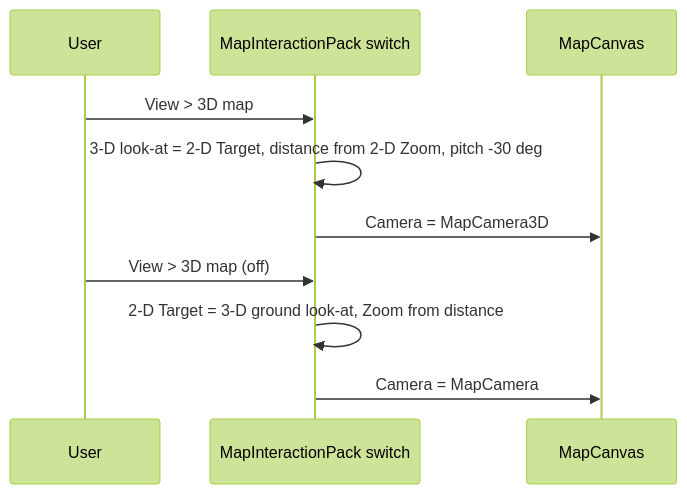
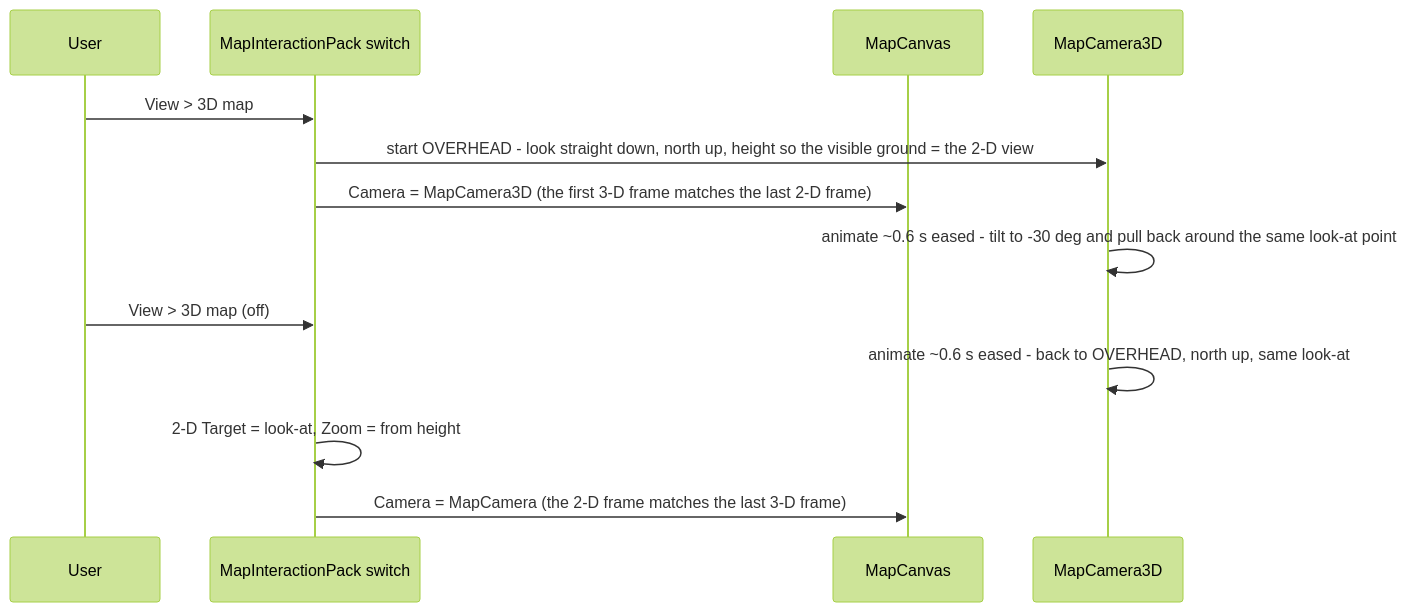
Before and after one commit to pjanec/HROT: the fifth of 5 diagrams in docs/DESIGN_Map_3D_Mode.md, drawn with Mermaid (forest theme). The commit also changed other lines of this file and 1 other file, not shown here.

First line of the commit message:
design(CE-1033): 3-D map — animated 2-D/3-D switch (M12), every map host, M10 restated

````diff
--- a/docs/DESIGN_Map_3D_Mode.md
+++ b/docs/DESIGN_Map_3D_Mode.md
@@ -214,12 +217,15 @@
 ```mermaid
 sequenceDiagram
   participant U as User
   participant P as MapInteractionPack switch
   participant C as MapCanvas
+  participant K as MapCamera3D
   U->>P: View > 3D map
-  P->>P: 3-D look-at = 2-D Target, distance from 2-D Zoom, pitch -30 deg
-  P->>C: Camera = MapCamera3D
+  P->>K: start OVERHEAD - look straight down, north up, height so the visible ground = the 2-D view
+  P->>C: Camera = MapCamera3D (the first 3-D frame matches the last 2-D frame)
+  K->>K: animate ~0.6 s eased - tilt to -30 deg and pull back around the same look-at point
   U->>P: View > 3D map (off)
-  P->>P: 2-D Target = 3-D ground look-at, Zoom from distance
-  P->>C: Camera = MapCamera
+  K->>K: animate ~0.6 s eased - back to OVERHEAD, north up, same look-at
+  P->>P: 2-D Target = look-at, Zoom = from height
+  P->>C: Camera = MapCamera (the 2-D frame matches the last 3-D frame)
 ```
````
